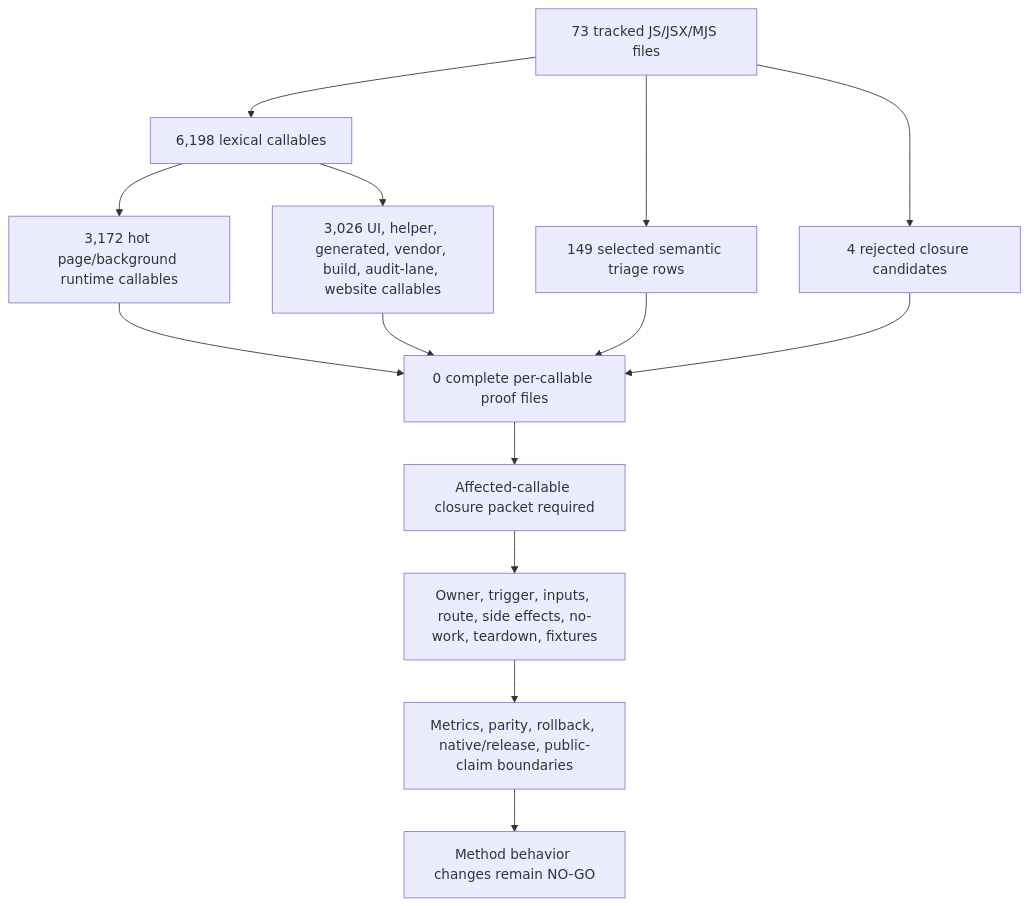
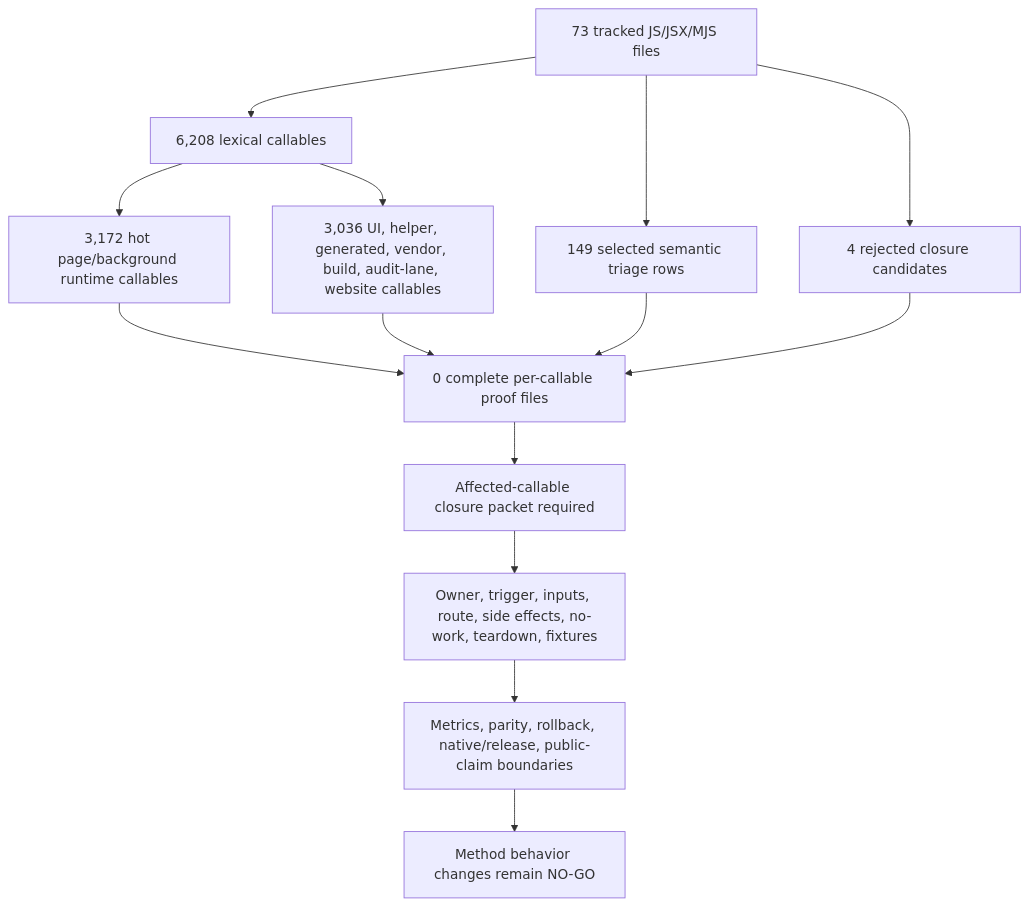
The first of 2 diagrams in docs/audit/FILTERTUBE_METHOD_SEMANTIC_PROOF_GAP_INDEX_CURRENT_BEHAVIOR_2026-05-25.md (varshneydevansh/FilterTube), drawn with Mermaid before and after one commit. The commit also changed other lines of this file and 36 other files, not shown here.

````diff
--- a/docs/audit/FILTERTUBE_METHOD_SEMANTIC_PROOF_GAP_INDEX_CURRENT_BEHAVIOR_2026-05-25.md
+++ b/docs/audit/FILTERTUBE_METHOD_SEMANTIC_PROOF_GAP_INDEX_CURRENT_BEHAVIOR_2026-05-25.md
@@ -147,16 +147,16 @@
 ```mermaid
 flowchart TD
-  A["73 tracked JS/JSX/MJS files"] --> B["6,198 lexical callables"]
+  A["73 tracked JS/JSX/MJS files"] --> B["6,208 lexical callables"]
   B --> C["3,172 hot page/background runtime callables"]
-  B --> D["3,026 UI, helper, generated, vendor, build, audit-lane, website callables"]
+  B --> D["3,036 UI, helper, generated, vendor, build, audit-lane, website callables"]
   A --> E["149 selected semantic triage rows"]
   A --> F["4 rejected closure candidates"]
   C --> G["0 complete per-callable proof files"]
   D --> G
   E --> G
   F --> G
   G --> H["Affected-callable closure packet required"]
   H --> I["Owner, trigger, inputs, route, side effects, no-work, teardown, fixtures"]
   I --> J["Metrics, parity, rollback, native/release, public-claim boundaries"]
   J --> K["Method behavior changes remain NO-GO"]
 ```
````
